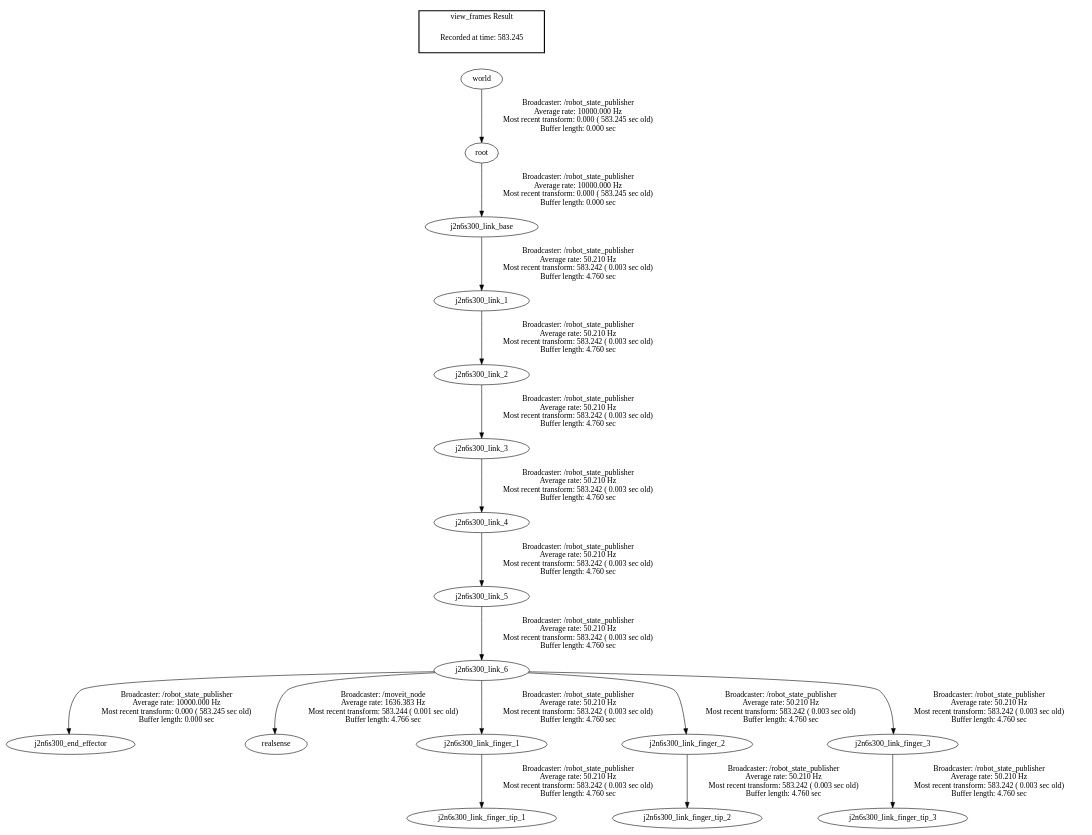
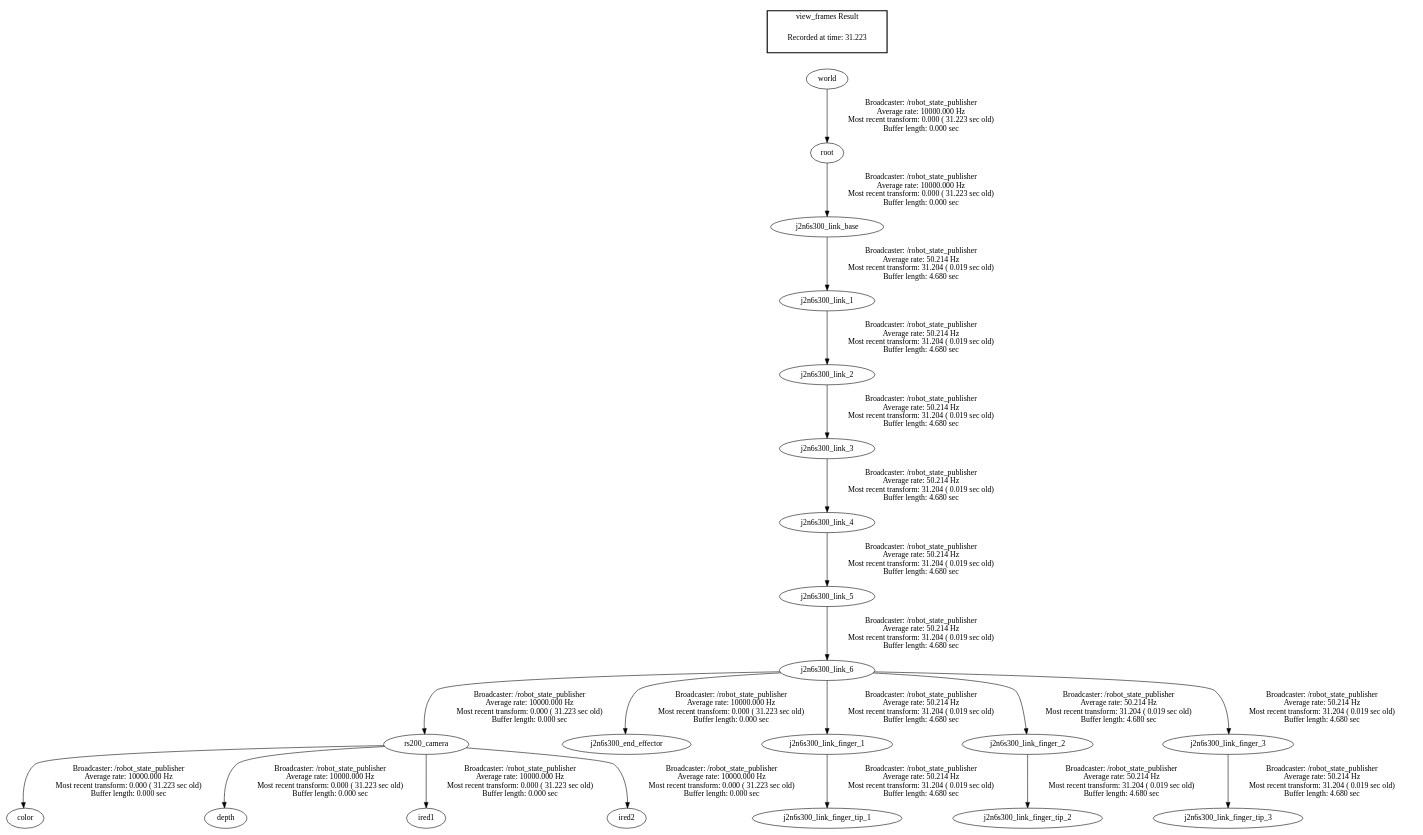
One commit to HansLarsen/ROB4-465 changed the diagram in src/autonomous_eating/extra/frames.gv. Above: the diagram before and after it, drawn with Graphviz. The commit also changed 2 other files, not shown here.

Commit message:
Moveit for camera and bowl search

```diff
--- a/src/autonomous_eating/extra/frames.gv
+++ b/src/autonomous_eating/extra/frames.gv
@@ -1,22 +1,26 @@
 digraph G {
-"world" -> "root"[label="Broadcaster: /robot_state_publisher\nAverage rate: 10000.000 Hz\nMost recent transform: 0.000 ( 583.245 sec old)\nBuffer length: 0.000 sec\n"];
-"root" -> "j2n6s300_link_base"[label="Broadcaster: /robot_state_publisher\nAverage rate: 10000.000 Hz\nMost recent transform: 0.000 ( 583.245 sec old)\nBuffer length: 0.000 sec\n"];
-"j2n6s300_link_6" -> "j2n6s300_end_effector"[label="Broadcaster: /robot_state_publisher\nAverage rate: 10000.000 Hz\nMost recent transform: 0.000 ( 583.245 sec old)\nBuffer length: 0.000 sec\n"];
-"j2n6s300_link_5" -> "j2n6s300_link_6"[label="Broadcaster: /robot_state_publisher\nAverage rate: 50.210 Hz\nMost recent transform: 583.242 ( 0.003 sec old)\nBuffer length: 4.760 sec\n"];
-"j2n6s300_link_6" -> "realsense"[label="Broadcaster: /moveit_node\nAverage rate: 1636.383 Hz\nMost recent transform: 583.244 ( 0.001 sec old)\nBuffer length: 4.766 sec\n"];
-"j2n6s300_link_base" -> "j2n6s300_link_1"[label="Broadcaster: /robot_state_publisher\nAverage rate: 50.210 Hz\nMost recent transform: 583.242 ( 0.003 sec old)\nBuffer length: 4.760 sec\n"];
-"j2n6s300_link_1" -> "j2n6s300_link_2"[label="Broadcaster: /robot_state_publisher\nAverage rate: 50.210 Hz\nMost recent transform: 583.242 ( 0.003 sec old)\nBuffer length: 4.760 sec\n"];
-"j2n6s300_link_2" -> "j2n6s300_link_3"[label="Broadcaster: /robot_state_publisher\nAverage rate: 50.210 Hz\nMost recent transform: 583.242 ( 0.003 sec old)\nBuffer length: 4.760 sec\n"];
-"j2n6s300_link_3" -> "j2n6s300_link_4"[label="Broadcaster: /robot_state_publisher\nAverage rate: 50.210 Hz\nMost recent transform: 583.242 ( 0.003 sec old)\nBuffer length: 4.760 sec\n"];
-"j2n6s300_link_4" -> "j2n6s300_link_5"[label="Broadcaster: /robot_state_publisher\nAverage rate: 50.210 Hz\nMost recent transform: 583.242 ( 0.003 sec old)\nBuffer length: 4.760 sec\n"];
-"j2n6s300_link_6" -> "j2n6s300_link_finger_1"[label="Broadcaster: /robot_state_publisher\nAverage rate: 50.210 Hz\nMost recent transform: 583.242 ( 0.003 sec old)\nBuffer length: 4.760 sec\n"];
-"j2n6s300_link_6" -> "j2n6s300_link_finger_2"[label="Broadcaster: /robot_state_publisher\nAverage rate: 50.210 Hz\nMost recent transform: 583.242 ( 0.003 sec old)\nBuffer length: 4.760 sec\n"];
-"j2n6s300_link_6" -> "j2n6s300_link_finger_3"[label="Broadcaster: /robot_state_publisher\nAverage rate: 50.210 Hz\nMost recent transform: 583.242 ( 0.003 sec old)\nBuffer length: 4.760 sec\n"];
-"j2n6s300_link_finger_1" -> "j2n6s300_link_finger_tip_1"[label="Broadcaster: /robot_state_publisher\nAverage rate: 50.210 Hz\nMost recent transform: 583.242 ( 0.003 sec old)\nBuffer length: 4.760 sec\n"];
-"j2n6s300_link_finger_2" -> "j2n6s300_link_finger_tip_2"[label="Broadcaster: /robot_state_publisher\nAverage rate: 50.210 Hz\nMost recent transform: 583.242 ( 0.003 sec old)\nBuffer length: 4.760 sec\n"];
-"j2n6s300_link_finger_3" -> "j2n6s300_link_finger_tip_3"[label="Broadcaster: /robot_state_publisher\nAverage rate: 50.210 Hz\nMost recent transform: 583.242 ( 0.003 sec old)\nBuffer length: 4.760 sec\n"];
+"rs200_camera" -> "color"[label="Broadcaster: /robot_state_publisher\nAverage rate: 10000.000 Hz\nMost recent transform: 0.000 ( 31.223 sec old)\nBuffer length: 0.000 sec\n"];
+"j2n6s300_link_6" -> "rs200_camera"[label="Broadcaster: /robot_state_publisher\nAverage rate: 10000.000 Hz\nMost recent transform: 0.000 ( 31.223 sec old)\nBuffer length: 0.000 sec\n"];
+"world" -> "root"[label="Broadcaster: /robot_state_publisher\nAverage rate: 10000.000 Hz\nMost recent transform: 0.000 ( 31.223 sec old)\nBuffer length: 0.000 sec\n"];
+"rs200_camera" -> "depth"[label="Broadcaster: /robot_state_publisher\nAverage rate: 10000.000 Hz\nMost recent transform: 0.000 ( 31.223 sec old)\nBuffer length: 0.000 sec\n"];
+"rs200_camera" -> "ired1"[label="Broadcaster: /robot_state_publisher\nAverage rate: 10000.000 Hz\nMost recent transform: 0.000 ( 31.223 sec old)\nBuffer length: 0.000 sec\n"];
+"rs200_camera" -> "ired2"[label="Broadcaster: /robot_state_publisher\nAverage rate: 10000.000 Hz\nMost recent transform: 0.000 ( 31.223 sec old)\nBuffer length: 0.000 sec\n"];
+"root" -> "j2n6s300_link_base"[label="Broadcaster: /robot_state_publisher\nAverage rate: 10000.000 Hz\nMost recent transform: 0.000 ( 31.223 sec old)\nBuffer length: 0.000 sec\n"];
+"j2n6s300_link_6" -> "j2n6s300_end_effector"[label="Broadcaster: /robot_state_publisher\nAverage rate: 10000.000 Hz\nMost recent transform: 0.000 ( 31.223 sec old)\nBuffer length: 0.000 sec\n"];
+"j2n6s300_link_5" -> "j2n6s300_link_6"[label="Broadcaster: /robot_state_publisher\nAverage rate: 50.214 Hz\nMost recent transform: 31.204 ( 0.019 sec old)\nBuffer length: 4.680 sec\n"];
+"j2n6s300_link_base" -> "j2n6s300_link_1"[label="Broadcaster: /robot_state_publisher\nAverage rate: 50.214 Hz\nMost recent transform: 31.204 ( 0.019 sec old)\nBuffer length: 4.680 sec\n"];
+"j2n6s300_link_1" -> "j2n6s300_link_2"[label="Broadcaster: /robot_state_publisher\nAverage rate: 50.214 Hz\nMost recent transform: 31.204 ( 0.019 sec old)\nBuffer length: 4.680 sec\n"];
+"j2n6s300_link_2" -> "j2n6s300_link_3"[label="Broadcaster: /robot_state_publisher\nAverage rate: 50.214 Hz\nMost recent transform: 31.204 ( 0.019 sec old)\nBuffer length: 4.680 sec\n"];
+"j2n6s300_link_3" -> "j2n6s300_link_4"[label="Broadcaster: /robot_state_publisher\nAverage rate: 50.214 Hz\nMost recent transform: 31.204 ( 0.019 sec old)\nBuffer length: 4.680 sec\n"];
+"j2n6s300_link_4" -> "j2n6s300_link_5"[label="Broadcaster: /robot_state_publisher\nAverage rate: 50.214 Hz\nMost recent transform: 31.204 ( 0.019 sec old)\nBuffer length: 4.680 sec\n"];
+"j2n6s300_link_6" -> "j2n6s300_link_finger_1"[label="Broadcaster: /robot_state_publisher\nAverage rate: 50.214 Hz\nMost recent transform: 31.204 ( 0.019 sec old)\nBuffer length: 4.680 sec\n"];
+"j2n6s300_link_6" -> "j2n6s300_link_finger_2"[label="Broadcaster: /robot_state_publisher\nAverage rate: 50.214 Hz\nMost recent transform: 31.204 ( 0.019 sec old)\nBuffer length: 4.680 sec\n"];
+"j2n6s300_link_6" -> "j2n6s300_link_finger_3"[label="Broadcaster: /robot_state_publisher\nAverage rate: 50.214 Hz\nMost recent transform: 31.204 ( 0.019 sec old)\nBuffer length: 4.680 sec\n"];
+"j2n6s300_link_finger_1" -> "j2n6s300_link_finger_tip_1"[label="Broadcaster: /robot_state_publisher\nAverage rate: 50.214 Hz\nMost recent transform: 31.204 ( 0.019 sec old)\nBuffer length: 4.680 sec\n"];
+"j2n6s300_link_finger_2" -> "j2n6s300_link_finger_tip_2"[label="Broadcaster: /robot_state_publisher\nAverage rate: 50.214 Hz\nMost recent transform: 31.204 ( 0.019 sec old)\nBuffer length: 4.680 sec\n"];
+"j2n6s300_link_finger_3" -> "j2n6s300_link_finger_tip_3"[label="Broadcaster: /robot_state_publisher\nAverage rate: 50.214 Hz\nMost recent transform: 31.204 ( 0.019 sec old)\nBuffer length: 4.680 sec\n"];
 edge [style=invis];
  subgraph cluster_legend { style=bold; color=black; label ="view_frames Result";
-"Recorded at time: 583.245"[ shape=plaintext ] ;
+"Recorded at time: 31.223"[ shape=plaintext ] ;
  }->"world";
 }
```
